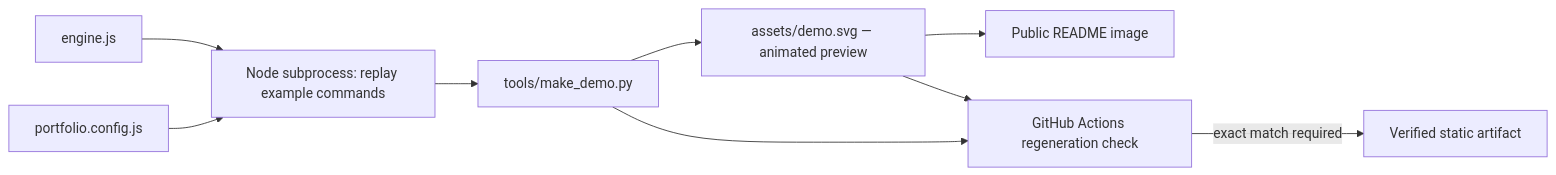
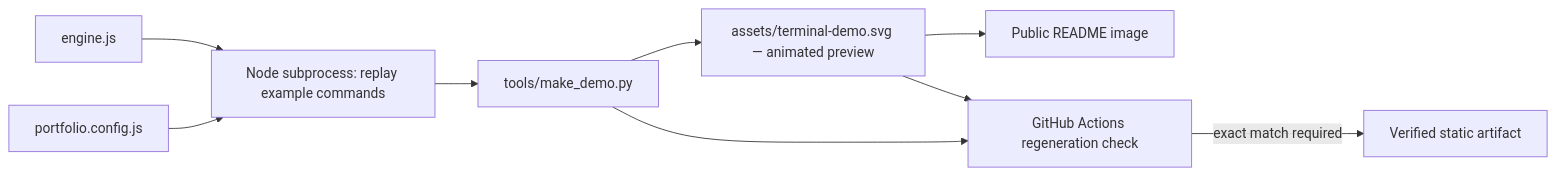
The third of 3 diagrams in docs/DEVELOPMENT.md (yassinebkr/ShellFolio), drawn with Mermaid before and after one commit. The commit also changed other lines of this file and 7 other files, not shown here.

````diff
--- a/docs/DEVELOPMENT.md
+++ b/docs/DEVELOPMENT.md
@@ -66,11 +66,11 @@
 ```mermaid
 flowchart LR
     Engine["engine.js"] --> Node["Node subprocess: replay example commands"]
     Config["portfolio.config.js"] --> Node
     Node --> Generator["tools/make_demo.py"]
-    Generator --> SVG["assets/demo.svg — animated preview"]
+    Generator --> SVG["assets/terminal-demo.svg — animated preview"]
     SVG --> README["Public README image"]
     Generator --> CI["GitHub Actions regeneration check"]
     SVG --> CI
     CI -->|"exact match required"| Result["Verified static artifact"]
 ```
````
